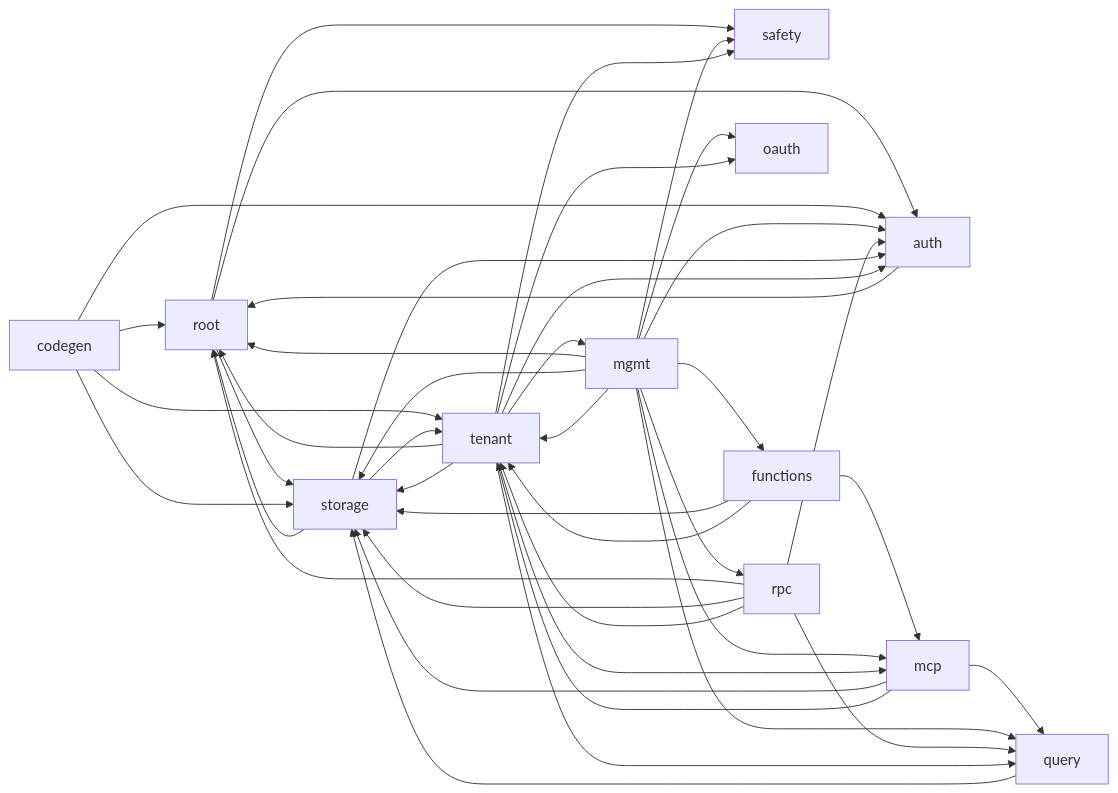
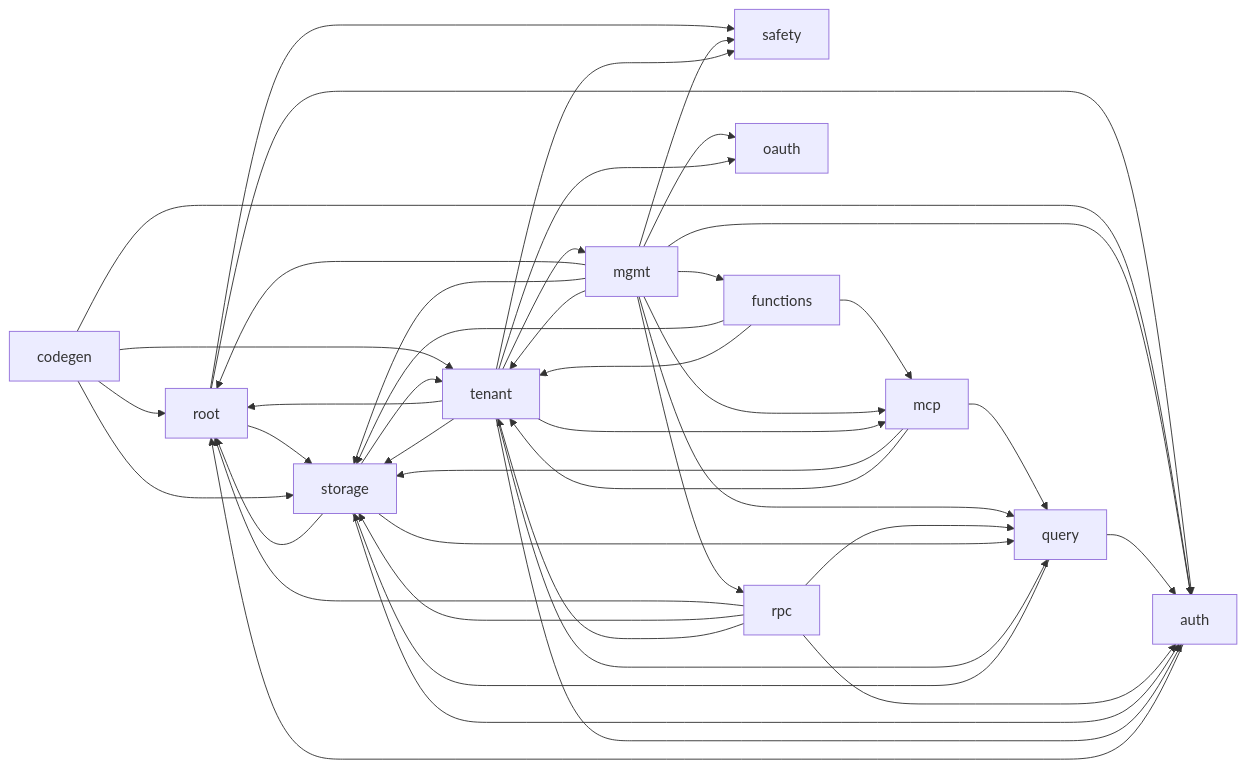
Before and after one commit to KaelLim/drust: the diagram in docs/architecture.md, drawn with Mermaid. The commit also changed other lines of this file and 1 other file, not shown here.

First line of the commit message:
docs(architecture): concise orientation map, delegate per-file detail to codegraph

````diff
--- a/docs/architecture.md
+++ b/docs/architecture.md
@@ -38,44 +41,46 @@
 ```mermaid
 graph LR
   root --> auth
   root --> safety
   root --> storage
   auth --> root
   codegen --> root
   codegen --> auth
   codegen --> storage
   codegen --> tenant
   functions --> mcp
   functions --> storage
   functions --> tenant
   mcp --> query
   mcp --> storage
   mcp --> tenant
   mgmt --> root
   mgmt --> auth
   mgmt --> functions
   mgmt --> mcp
   mgmt --> oauth
   mgmt --> query
   mgmt --> rpc
   mgmt --> safety
   mgmt --> storage
   mgmt --> tenant
+  query --> auth
   query --> storage
   rpc --> root
   rpc --> auth
   rpc --> query
   rpc --> storage
   rpc --> tenant
   storage --> root
   storage --> auth
+  storage --> query
   storage --> tenant
   tenant --> root
   tenant --> auth
   tenant --> mcp
   tenant --> mgmt
   tenant --> oauth
   tenant --> query
   tenant --> safety
   tenant --> storage
 ```
````
